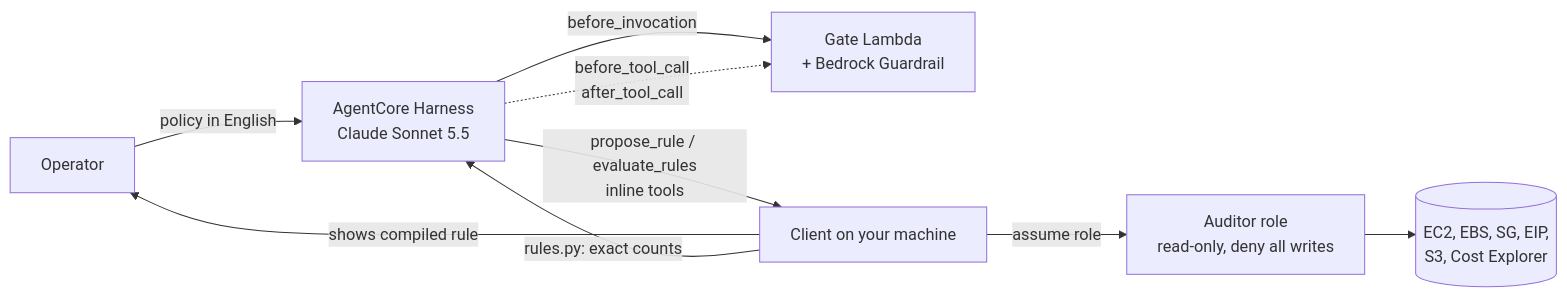
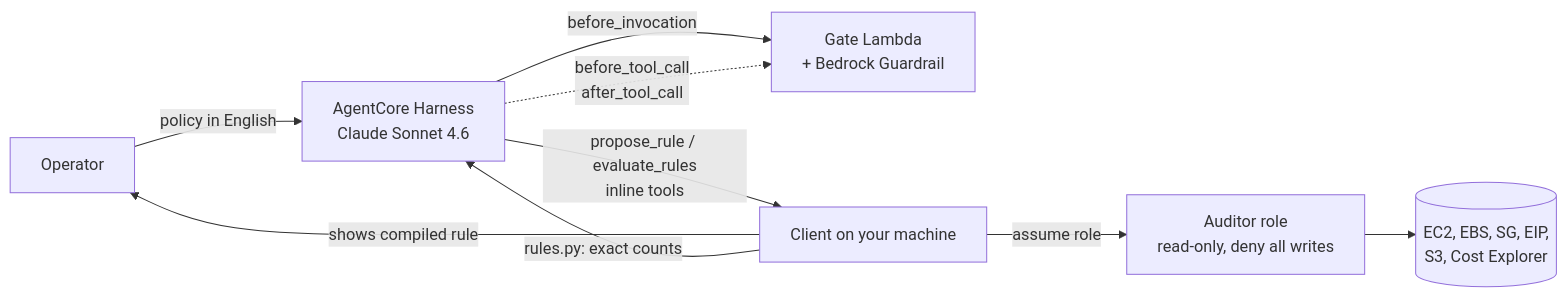
One commit to xbill9/policy-warden changed the diagram in README.md. Above: the diagram before and after it, drawn with Mermaid. The commit also changed other lines of this file and 3 other files, not shown here.

````diff
--- a/README.md
+++ b/README.md
@@ -17,11 +17,11 @@
 ```mermaid
 flowchart LR
-    U[Operator] -->|policy in English| H[AgentCore Harness<br/>Claude Sonnet 5.5]
+    U[Operator] -->|policy in English| H[AgentCore Harness<br/>Claude Sonnet 4.6]
     H -->|before_invocation| G[Gate Lambda<br/>+ Bedrock Guardrail]
     H -->|propose_rule / evaluate_rules<br/>inline tools| C[Client on your machine]
     H -.->|before_tool_call<br/>after_tool_call| G
     C -->|shows compiled rule| U
     C -->|assume role| A[Auditor role<br/>read-only, deny all writes]
     A --> AWS[(EC2, EBS, SG, EIP,<br/>S3, Cost Explorer)]
     C -->|rules.py: exact counts| H
 ```
````
